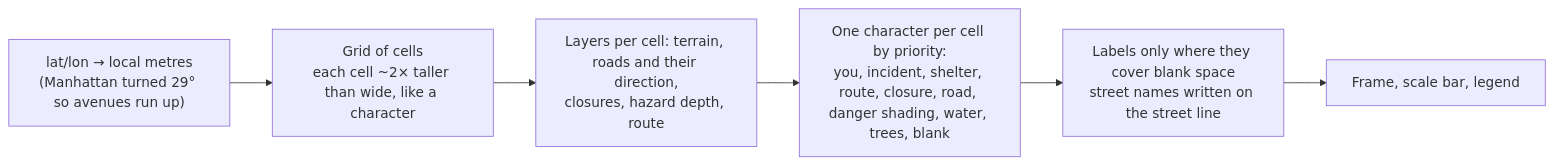
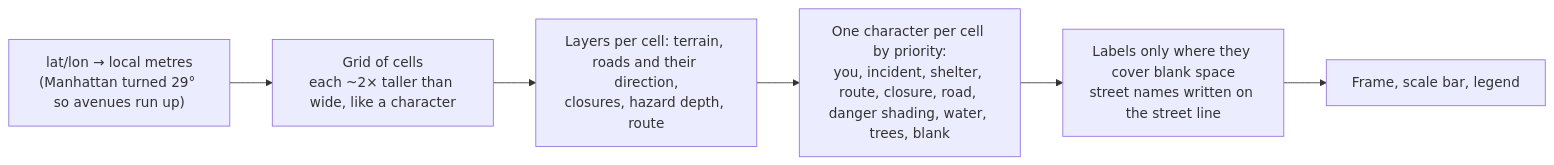
Before and after one commit to JacobOuyang/MapsImagesText: the seventh of 7 diagrams in README.md, drawn with Mermaid. The commit also changed other lines of this file and 19 other files, not shown here.

````diff
--- a/README.md
+++ b/README.md
@@ -545,8 +705,8 @@
 ```mermaid
 flowchart LR
-  A["lat/lon → local metres<br/>(Manhattan turned 29° so avenues run up)"] --> B["Grid of cells<br/>each cell ~2× taller than wide, like a character"]
+  A["lat/lon → local metres<br/>(Manhattan turned 29° so avenues run up)"] --> B["Grid of cells<br/>each ~2× taller than wide, like a character"]
   B --> C["Layers per cell: terrain, roads and their direction,<br/>closures, hazard depth, route"]
   C --> D["One character per cell by priority:<br/>you, incident, shelter, route, closure, road, danger shading, water, trees, blank"]
   D --> E["Labels only where they cover blank space<br/>street names written on the street line"]
   E --> F["Frame, scale bar, legend"]
 ```
````
